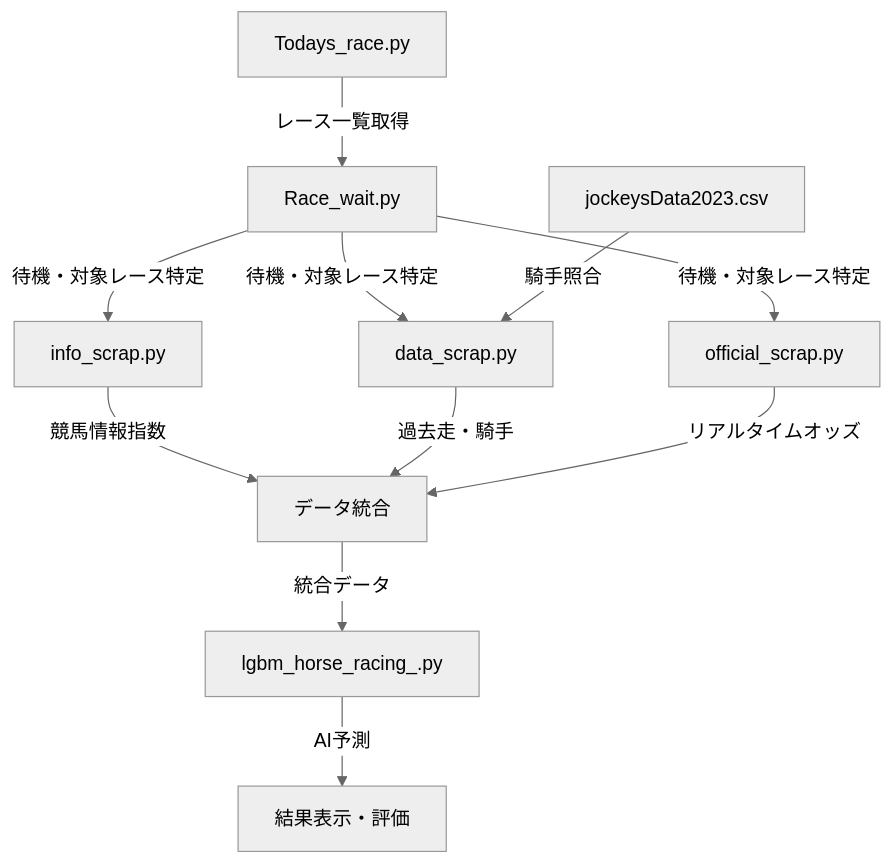
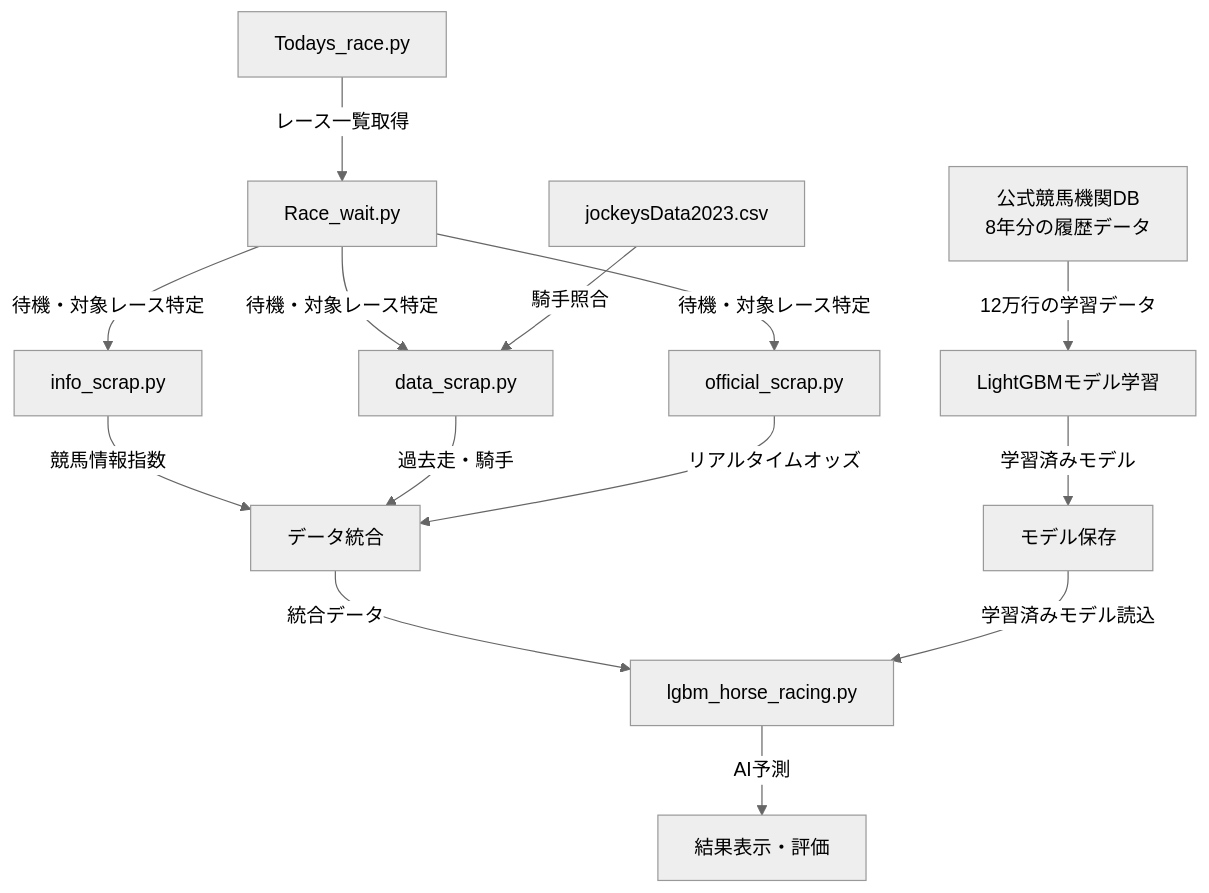
One commit to h1Rat/horse_racing_ai changed the diagram in README.md. Above: the diagram before and after it, drawn with Mermaid (neutral theme). The commit also changed other lines of this file, not shown here.

````diff
--- a/README.md
+++ b/README.md
@@ -188,16 +74,22 @@
 ```mermaid
 graph TD
+    %% 学習フェーズ（事前準備）
+    J[公式競馬機関DB<br/>8年分の履歴データ] -->|12万行の学習データ| K[LightGBMモデル学習]
+    K -->|学習済みモデル| L[モデル保存]
+    
+    %% リアルタイム予測フェーズ
     A[Todays_race.py] -->|レース一覧取得| B[Race_wait.py]
     B -->|待機・対象レース特定| C[info_scrap.py]
     B -->|待機・対象レース特定| D[data_scrap.py]
     B -->|待機・対象レース特定| E[official_scrap.py]
     
     C -->|競馬情報指数| F[データ統合]
     D -->|過去走・騎手| F
     E -->|リアルタイムオッズ| F
     
-    F -->|統合データ| G[lgbm_horse_racing_.py]
+    F -->|統合データ| G[lgbm_horse_racing.py]
+    L -->|学習済みモデル読込| G
     G -->|AI予測| H[結果表示・評価]
     
     I[jockeysData2023.csv] -->|騎手照合| D
 ```
````
